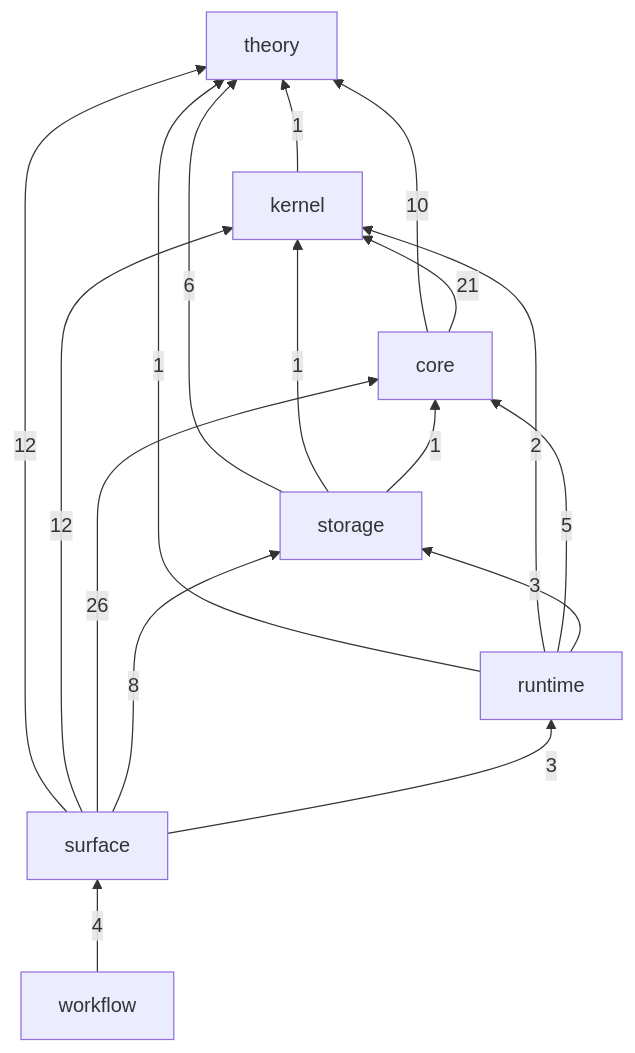
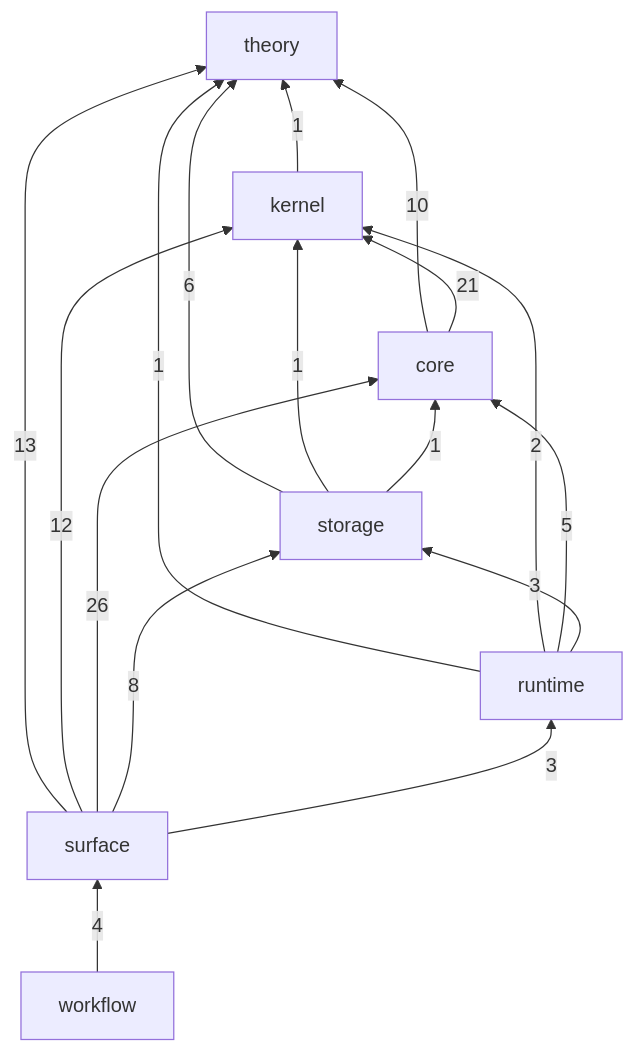
One commit to gandr-lang/gandr changed the diagram in ledger/README.md. Above: the diagram before and after it, drawn with Mermaid. The commit also changed 172 other files, not shown here.

````diff
--- a/ledger/README.md
+++ b/ledger/README.md
@@ -28,26 +28,26 @@
 ```mermaid
 flowchart BT
   theory
   kernel
   core
   storage
   runtime
   surface
   workflow
   kernel -->|1| theory
   core -->|10| theory
   core -->|21| kernel
   storage -->|6| theory
   storage -->|1| kernel
   storage -->|1| core
   runtime -->|1| theory
   runtime -->|2| kernel
   runtime -->|5| core
   runtime -->|3| storage
-  surface -->|12| theory
+  surface -->|13| theory
   surface -->|12| kernel
   surface -->|26| core
   surface -->|8| storage
   surface -->|3| runtime
   workflow -->|4| surface
 ```
````
